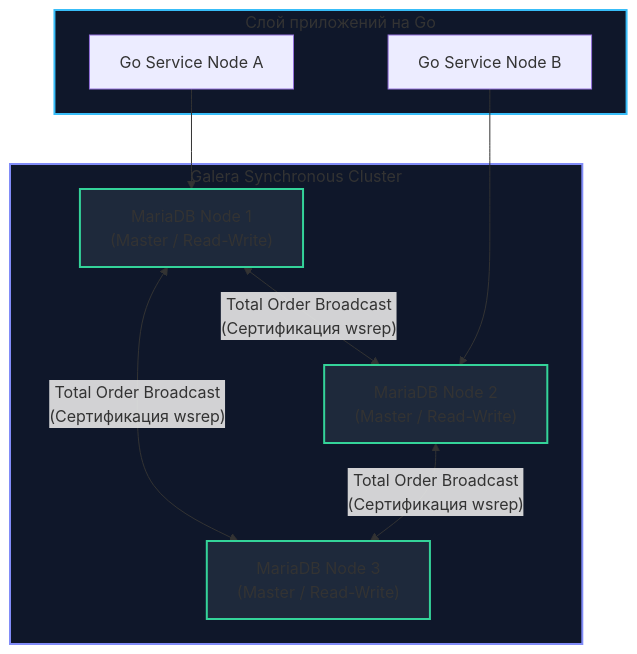
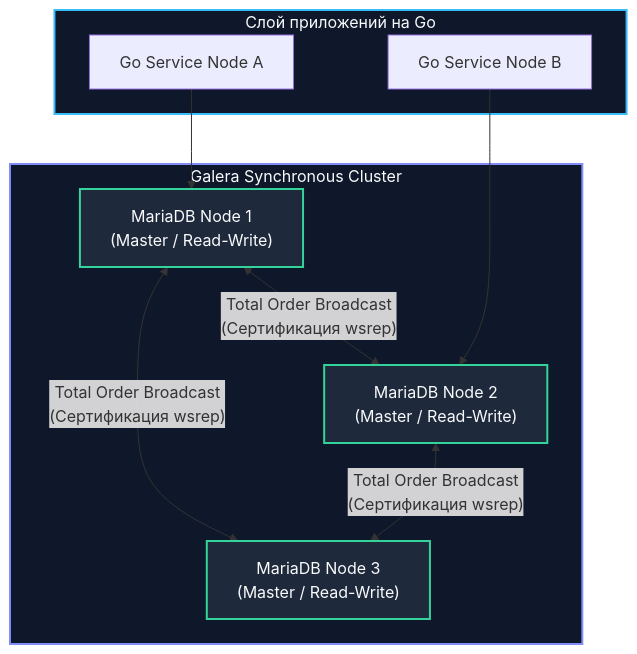
Before and after one commit to UnrealTemplier/go-textbook: the second of 2 diagrams in sources/12. Базы данных/07. MySQL и форки/8. MariaDB.md, drawn with Mermaid. The commit also changed other lines of this file and 310 other files, not shown here.

First line of the commit message:
fix(mermaid): replace light fill colors with dark palette for readability on dark theme

````diff
--- a/sources/12. Базы данных/07. MySQL и форки/8. MariaDB.md
+++ b/sources/12. Базы данных/07. MySQL и форки/8. MariaDB.md
@@ -83,26 +83,26 @@
 ```mermaid
 flowchart TD
     subgraph AppLayer ["Слой приложений на Go"]
         App1["Go Service Node A"]
         App2["Go Service Node B"]
     end
 
     subgraph GaleraCluster ["Galera Synchronous Cluster"]
         Node1["MariaDB Node 1<br>(Master / Read-Write)"]
         Node2["MariaDB Node 2<br>(Master / Read-Write)"]
         Node3["MariaDB Node 3<br>(Master / Read-Write)"]
         
         Node1 <-->|"Total Order Broadcast<br>(Сертификация wsrep)"| Node2
         Node2 <-->|"Total Order Broadcast<br>(Сертификация wsrep)"| Node3
         Node3 <-->|"Total Order Broadcast<br>(Сертификация wsrep)"| Node1
     end
 
     App1 --> Node1
     App2 --> Node2
 
-    style AppLayer fill:#0f172a,stroke:#38bdf8,stroke-width:2px
-    style GaleraCluster fill:#0f172a,stroke:#818cf8,stroke-width:2px
-    style Node1 fill:#1e293b,stroke:#34d399,stroke-width:2px
-    style Node2 fill:#1e293b,stroke:#34d399,stroke-width:2px
-    style Node3 fill:#1e293b,stroke:#34d399,stroke-width:2px
+    style AppLayer fill:#0f172a,stroke:#38bdf8,stroke-width:2px,color:#f8fafc
+    style GaleraCluster fill:#0f172a,stroke:#818cf8,stroke-width:2px,color:#f8fafc
+    style Node1 fill:#1e293b,stroke:#34d399,stroke-width:2px,color:#f8fafc
+    style Node2 fill:#1e293b,stroke:#34d399,stroke-width:2px,color:#f8fafc
+    style Node3 fill:#1e293b,stroke:#34d399,stroke-width:2px,color:#f8fafc
 ```
````
